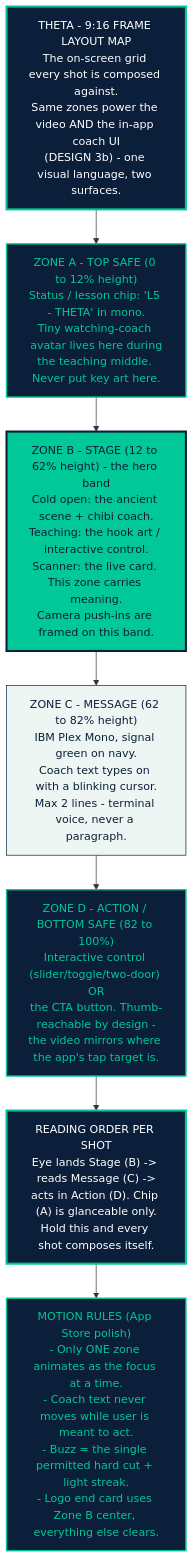
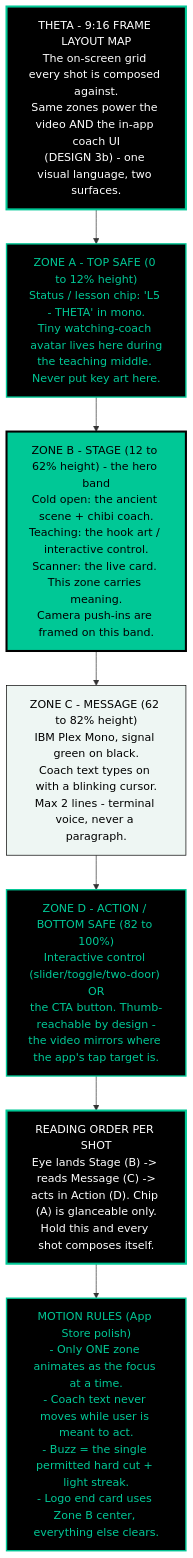
The diagram in theta/storyboard-frame-layout.mmd (Dr-Duner/Dr-Duner), drawn with Mermaid before and after one commit. The commit also changed 11 other files, not shown here.

First line of the commit message:
Global palette change: navy → black background; text = coach color

```diff
--- a/theta/storyboard-frame-layout.mmd
+++ b/theta/storyboard-frame-layout.mmd
@@ -1,22 +1,22 @@
 flowchart TB
   T["THETA - 9:16 FRAME LAYOUT MAP<br/>The on-screen grid every shot is composed against.<br/>Same zones power the video AND the in-app coach UI<br/>(DESIGN 3b) - one visual language, two surfaces."]:::brand
 
   T --> Z1
   Z1["ZONE A - TOP SAFE (0 to 12% height)<br/>Status / lesson chip: 'L5 - THETA' in mono.<br/>Tiny watching-coach avatar lives here during<br/>the teaching middle. Never put key art here."]:::spec
   Z1 --> Z2
   Z2["ZONE B - STAGE (12 to 62% height) - the hero band<br/>Cold open: the ancient scene + chibi coach.<br/>Teaching: the hook art / interactive control.<br/>Scanner: the live card. This zone carries meaning.<br/>Camera push-ins are framed on this band."]:::nova
   Z2 --> Z3
-  Z3["ZONE C - MESSAGE (62 to 82% height)<br/>IBM Plex Mono, signal green on navy.<br/>Coach text types on with a blinking cursor.<br/>Max 2 lines - terminal voice, never a paragraph."]:::shot
+  Z3["ZONE C - MESSAGE (62 to 82% height)<br/>IBM Plex Mono, signal green on black.<br/>Coach text types on with a blinking cursor.<br/>Max 2 lines - terminal voice, never a paragraph."]:::shot
   Z3 --> Z4
   Z4["ZONE D - ACTION / BOTTOM SAFE (82 to 100%)<br/>Interactive control (slider/toggle/two-door) OR<br/>the CTA button. Thumb-reachable by design -<br/>the video mirrors where the app's tap target is."]:::spec
 
   Z4 --> R
   R["READING ORDER PER SHOT<br/>Eye lands Stage (B) -> reads Message (C) -><br/>acts in Action (D). Chip (A) is glanceable only.<br/>Hold this and every shot composes itself."]:::brand
 
   R --> M
   M["MOTION RULES (App Store polish)<br/>- Only ONE zone animates as the focus at a time.<br/>- Coach text never moves while user is meant to act.<br/>- Buzz = the single permitted hard cut + light streak.<br/>- Logo end card uses Zone B center, everything else clears."]:::spec
 
-  classDef brand fill:#0b1f3a,color:#ffffff,stroke:#00c896,stroke-width:3px;
-  classDef nova fill:#00c896,color:#0b1f3a,stroke:#0b1f3a,stroke-width:3px;
-  classDef spec fill:#0b1f3a,color:#00c896,stroke:#00c896,stroke-width:2px;
-  classDef shot fill:#eef6f3,color:#0b1f3a,stroke:#0b1f3a,stroke-width:1px;
+  classDef brand fill:#000000,color:#ffffff,stroke:#00c896,stroke-width:3px;
+  classDef nova fill:#00c896,color:#000000,stroke:#000000,stroke-width:3px;
+  classDef spec fill:#000000,color:#00c896,stroke:#00c896,stroke-width:2px;
+  classDef shot fill:#eef6f3,color:#000000,stroke:#000000,stroke-width:1px;
```
